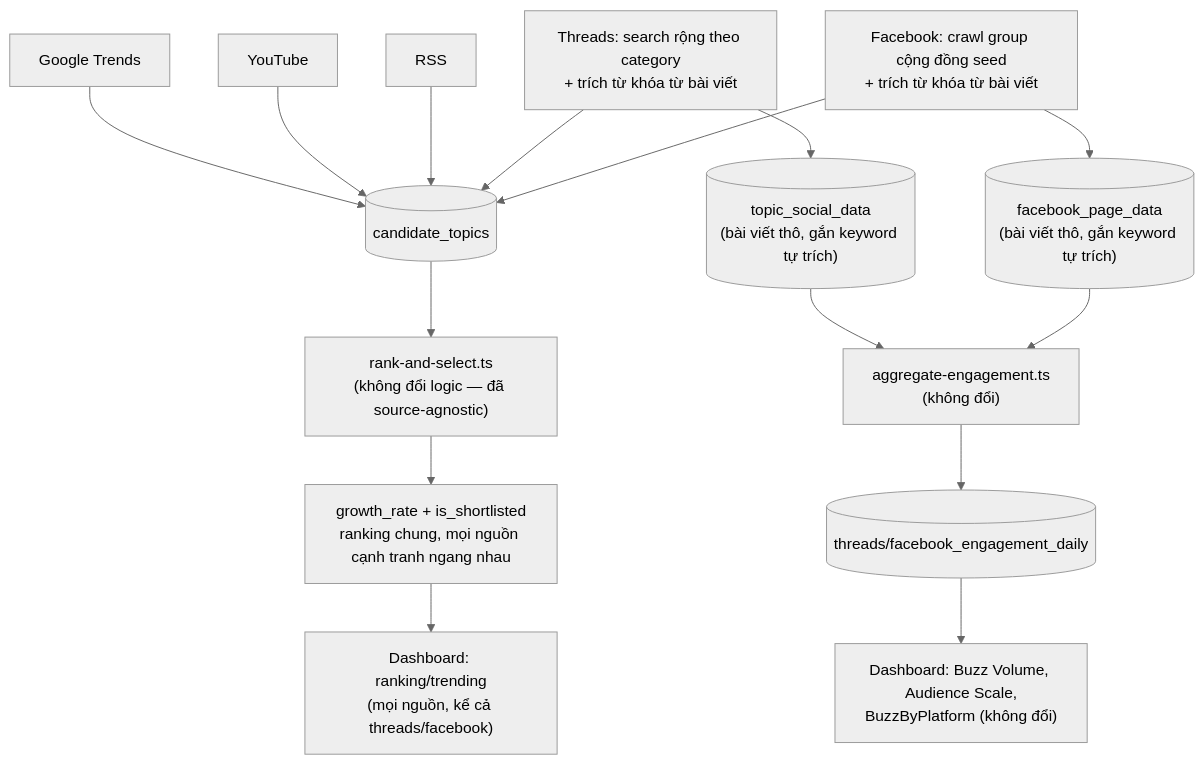
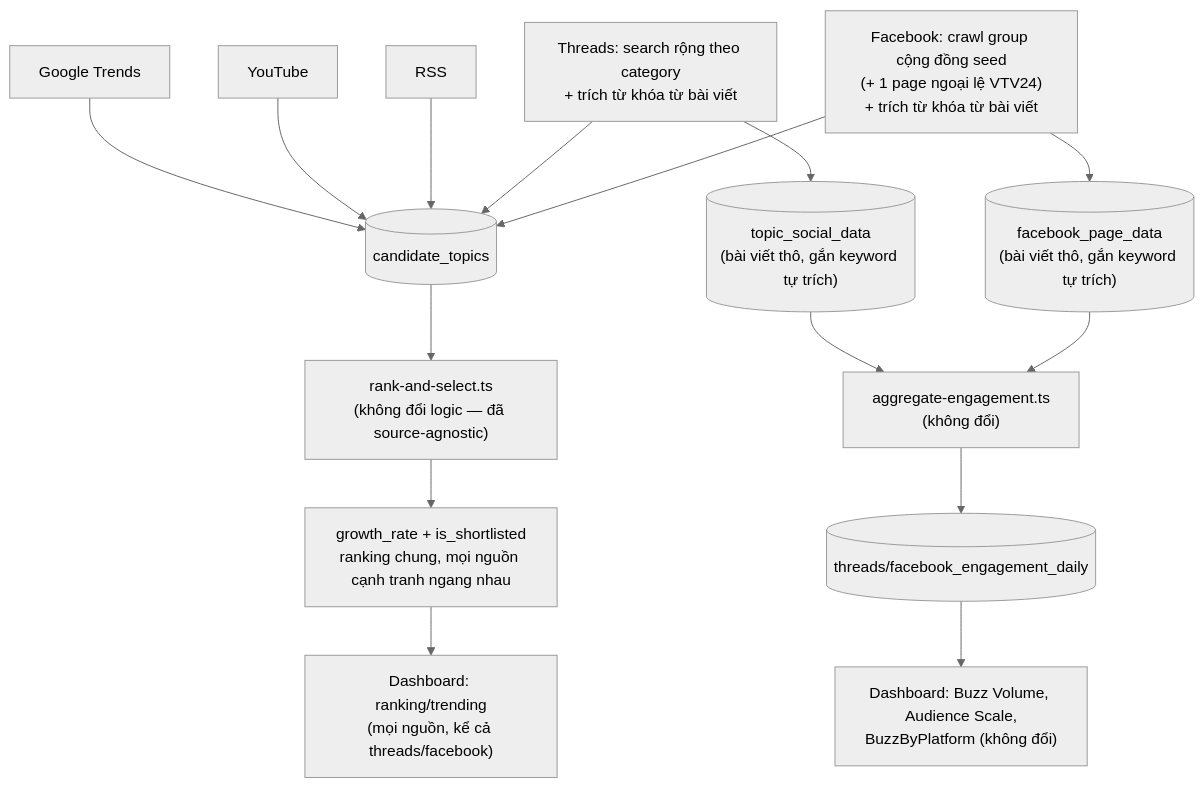
One commit to ThaoHienPhamNguyen/Social_Listening_Ver2 changed the diagram in docs/superpowers/specs/2026-09-04-apify-discovery-redesign.md. Above: the diagram before and after it, drawn with Mermaid (neutral theme). The commit also changed other lines of this file, not shown here.

First line of the commit message:
docs: swap travel brand pages for VTV24 (tai_chinh Page exception) in Facebook seed list

````diff
--- a/docs/superpowers/specs/2026-09-04-apify-discovery-redesign.md
+++ b/docs/superpowers/specs/2026-09-04-apify-discovery-redesign.md
@@ -28,19 +28,19 @@
 ```mermaid
 flowchart TD
     GT["Google Trends"] --> CT[("candidate_topics")]
     YT["YouTube"] --> CT
     RSS["RSS"] --> CT
     TH["Threads: search rộng theo category\n+ trích từ khóa từ bài viết"] --> CT
-    FB["Facebook: crawl group cộng đồng seed\n+ trích từ khóa từ bài viết"] --> CT
+    FB["Facebook: crawl group cộng đồng seed\n(+ 1 page ngoại lệ VTV24)\n+ trích từ khóa từ bài viết"] --> CT
 
     CT --> RANK["rank-and-select.ts\n(không đổi logic — đã source-agnostic)"]
     RANK --> RANKED["growth_rate + is_shortlisted\nranking chung, mọi nguồn cạnh tranh ngang nhau"]
 
     TH --> TSD[("topic_social_data\n(bài viết thô, gắn keyword tự trích)")]
     FB --> FPD[("facebook_page_data\n(bài viết thô, gắn keyword tự trích)")]
     TSD --> ENG["aggregate-engagement.ts\n(không đổi)"]
     FPD --> ENG
     ENG --> ED[("threads/facebook_engagement_daily")]
     ED --> DASH["Dashboard: Buzz Volume, Audience Scale,\nBuzzByPlatform (không đổi)"]
     RANKED --> DASH2["Dashboard: ranking/trending\n(mọi nguồn, kể cả threads/facebook)"]
 ```
````
